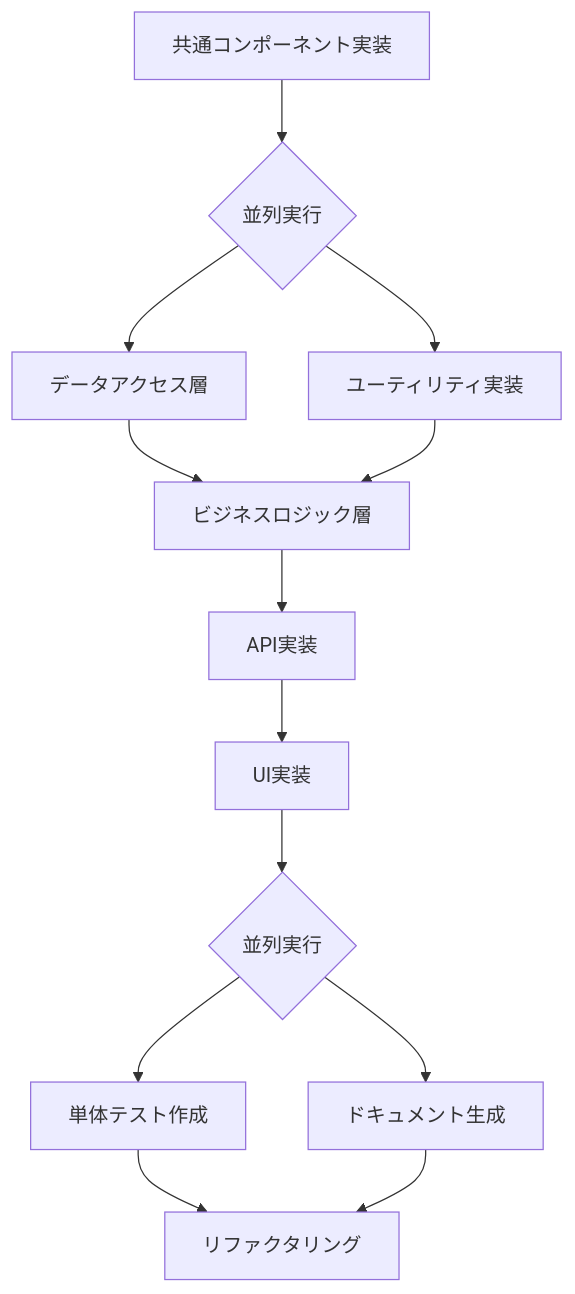
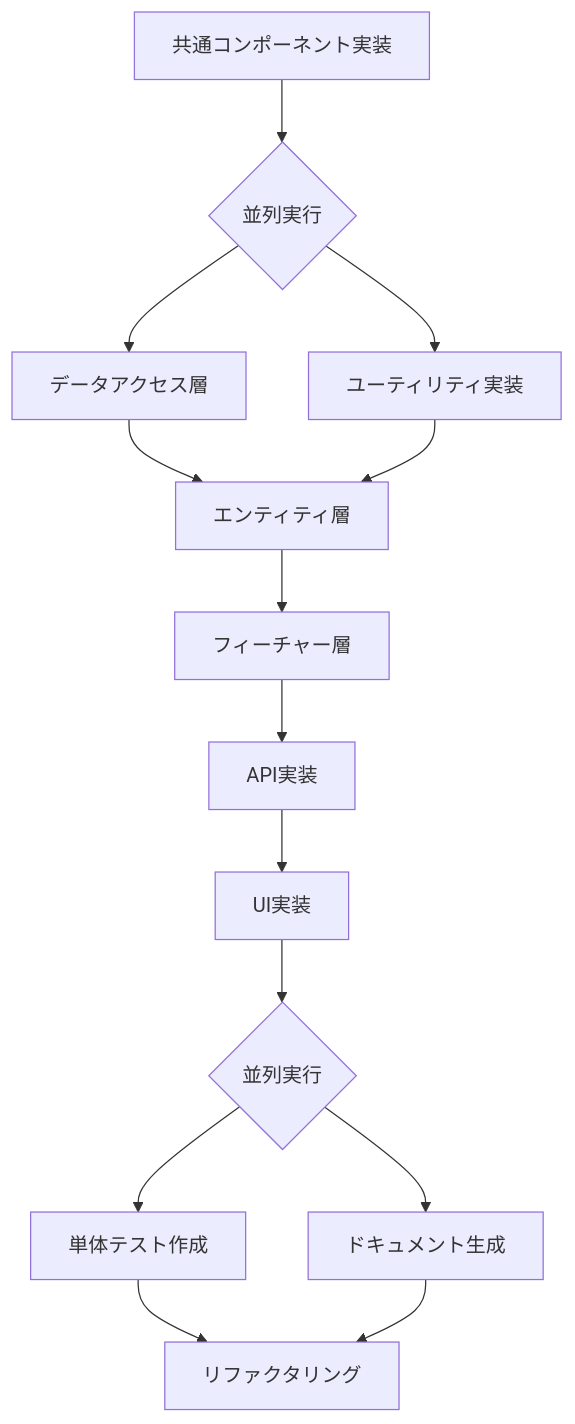
The diagram in .claude/agents/04-Implementation/IMPLEMENTATION_ORDER.md (Tora29/salary-management), drawn with Mermaid before and after one commit. The commit also changed other lines of this file and 4 other files, not shown here.

````diff
--- a/.claude/agents/04-Implementation/IMPLEMENTATION_ORDER.md
+++ b/.claude/agents/04-Implementation/IMPLEMENTATION_ORDER.md
@@ -7,19 +7,20 @@
 ```mermaid
 graph TD
     A[共通コンポーネント実装] --> B{並列実行}
     B --> C[データアクセス層]
     B --> D[ユーティリティ実装]
 
-    C --> E[ビジネスロジック層]
+    C --> E[エンティティ層]
     D --> E
 
-    E --> F[API実装]
-    F --> G[UI実装]
+    E --> F[フィーチャー層]
+    F --> G[API実装]
+    G --> H[UI実装]
 
-    G --> H{並列実行}
-    H --> I[単体テスト作成]
-    H --> J[ドキュメント生成]
+    H --> I{並列実行}
+    I --> J[単体テスト作成]
+    I --> K[ドキュメント生成]
 
-    I --> K[リファクタリング]
-    J --> K
+    J --> L[リファクタリング]
+    K --> L
 ```
````
